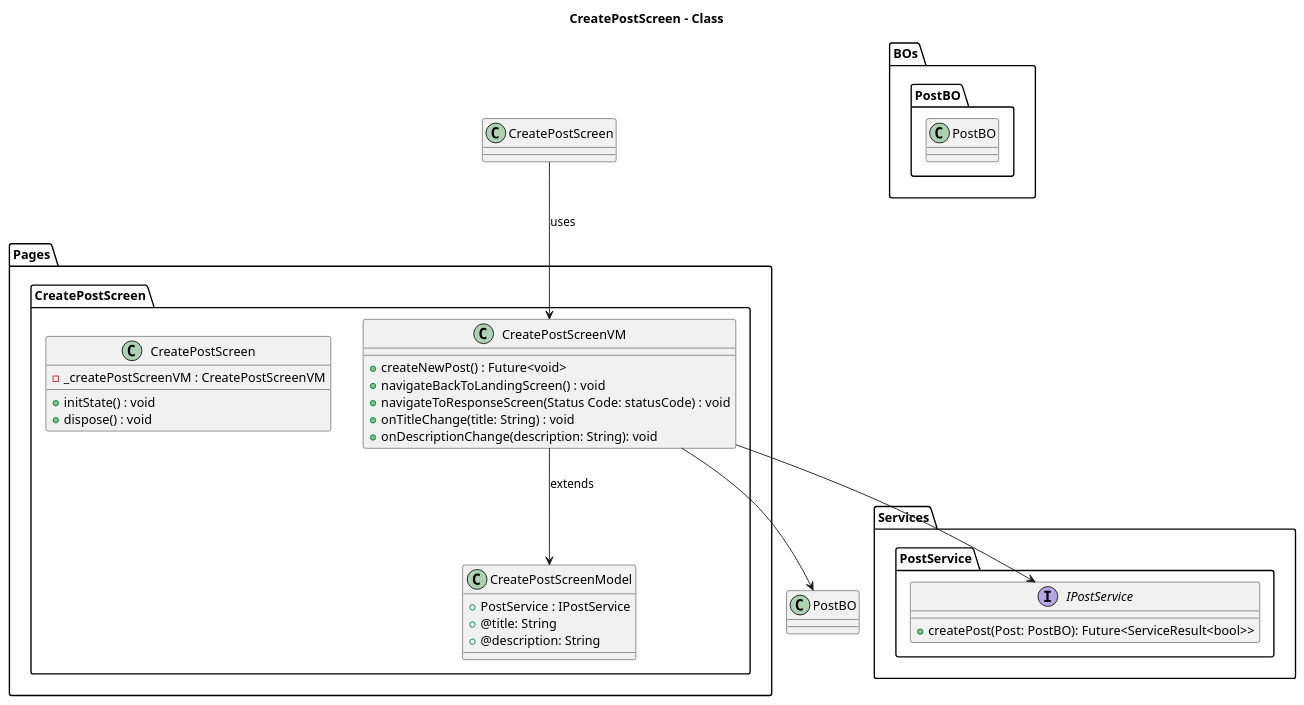
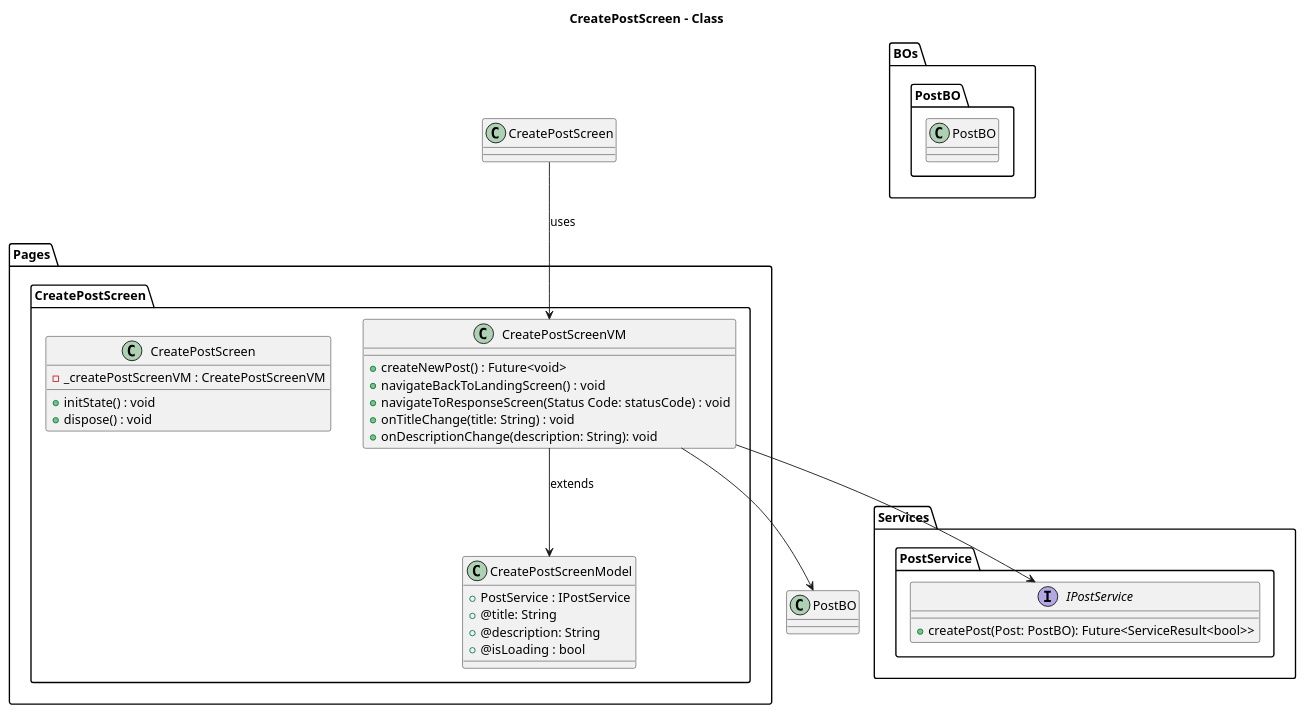
Before and after one commit to ThirumuruganArumugam/social_media: the diagram in lib/Pages/CreatePostScreen/Design/CreatePostScreen-Class.puml, drawn with PlantUML. The commit also changed 34 other files, not shown here.

Commit message:
Sequence update

```diff
--- a/lib/Pages/CreatePostScreen/Design/CreatePostScreen-Class.puml
+++ b/lib/Pages/CreatePostScreen/Design/CreatePostScreen-Class.puml
@@ -1,46 +1,47 @@
 @startuml CreatePostScreen - Class
 
 title **CreatePostScreen - Class**
 
 package Pages{
     package CreatePostScreen{
         class CreatePostScreenModel{
             + PostService : IPostService
             + @title: String
             + @description: String
+            + @isLoading : bool
         }
         class CreatePostScreenVM{
             + createNewPost() : Future<void>
             + navigateBackToLandingScreen() : void
             + navigateToResponseScreen(Status Code: statusCode) : void
             + onTitleChange(title: String) : void
             + onDescriptionChange(description: String): void
         }
         class CreatePostScreen{
             - _createPostScreenVM : CreatePostScreenVM
             + initState() : void
             + dispose() : void
         }
     }
 }
 
 package Services{
     package PostService{
         interface IPostService{
             + createPost(Post: PostBO): Future<ServiceResult<bool>>
         }
     }
 }
 
 package BOs{
     package PostBO{
         class PostBO{
         }
     }
 }
 
-CreatePostScreenVM --> PostBO 
-CreatePostScreenVM --> IPostService 
+CreatePostScreenVM --> PostBO
+CreatePostScreenVM --> IPostService
 CreatePostScreenVM --> CreatePostScreenModel : extends
 CreatePostScreen --> CreatePostScreenVM : uses
 @enduml
```
